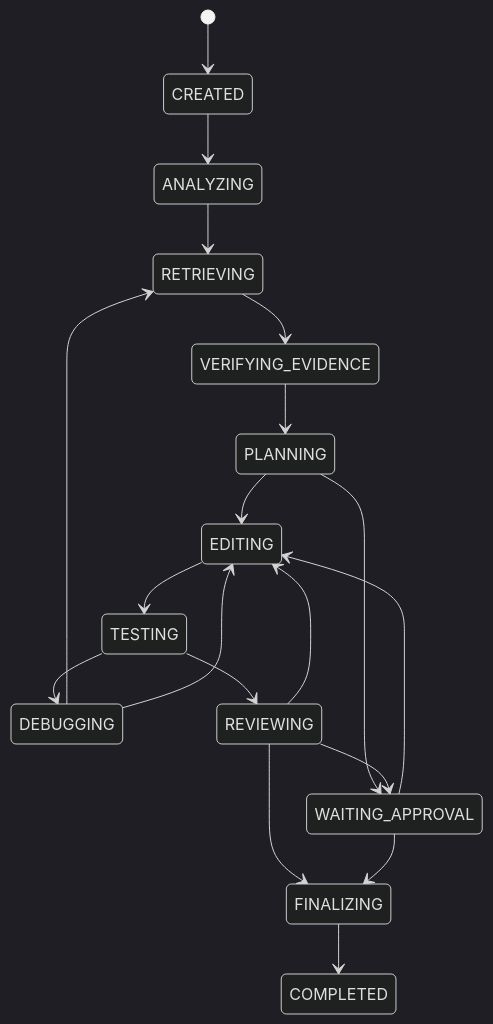
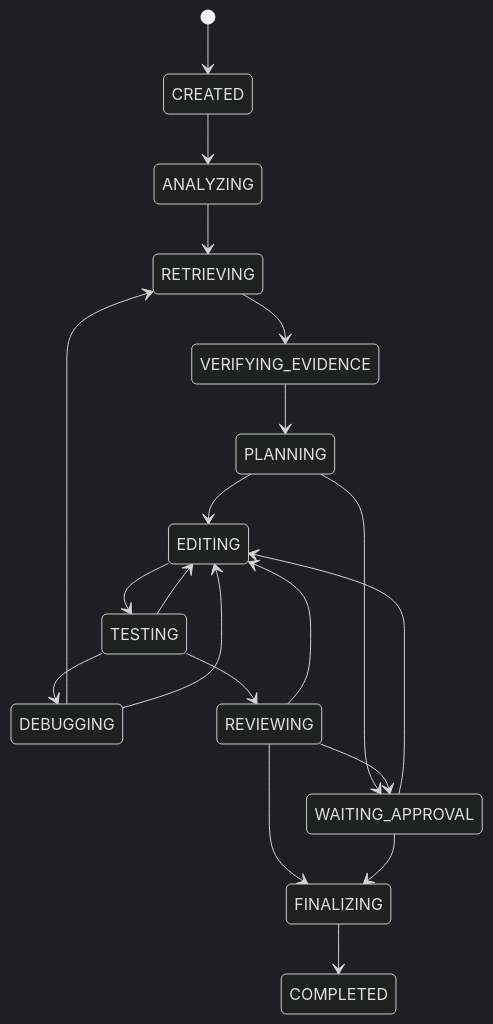
The second of 3 diagrams in docs/system-architecture.md (BinCry/Agentic-AI), drawn with Mermaid (dark theme) before and after one commit. The commit also changed other lines of this file and 14 other files, not shown here.

````diff
--- a/docs/system-architecture.md
+++ b/docs/system-architecture.md
@@ -22,21 +22,22 @@
 ```mermaid
 stateDiagram-v2
     [*] --> CREATED
     CREATED --> ANALYZING
     ANALYZING --> RETRIEVING
     RETRIEVING --> VERIFYING_EVIDENCE
     VERIFYING_EVIDENCE --> PLANNING
     PLANNING --> EDITING
     PLANNING --> WAITING_APPROVAL
     EDITING --> TESTING
     TESTING --> DEBUGGING
+    TESTING --> EDITING
     TESTING --> REVIEWING
     DEBUGGING --> RETRIEVING
     DEBUGGING --> EDITING
     REVIEWING --> EDITING
     REVIEWING --> WAITING_APPROVAL
     REVIEWING --> FINALIZING
     WAITING_APPROVAL --> EDITING
     WAITING_APPROVAL --> FINALIZING
     FINALIZING --> COMPLETED
 ```
````
